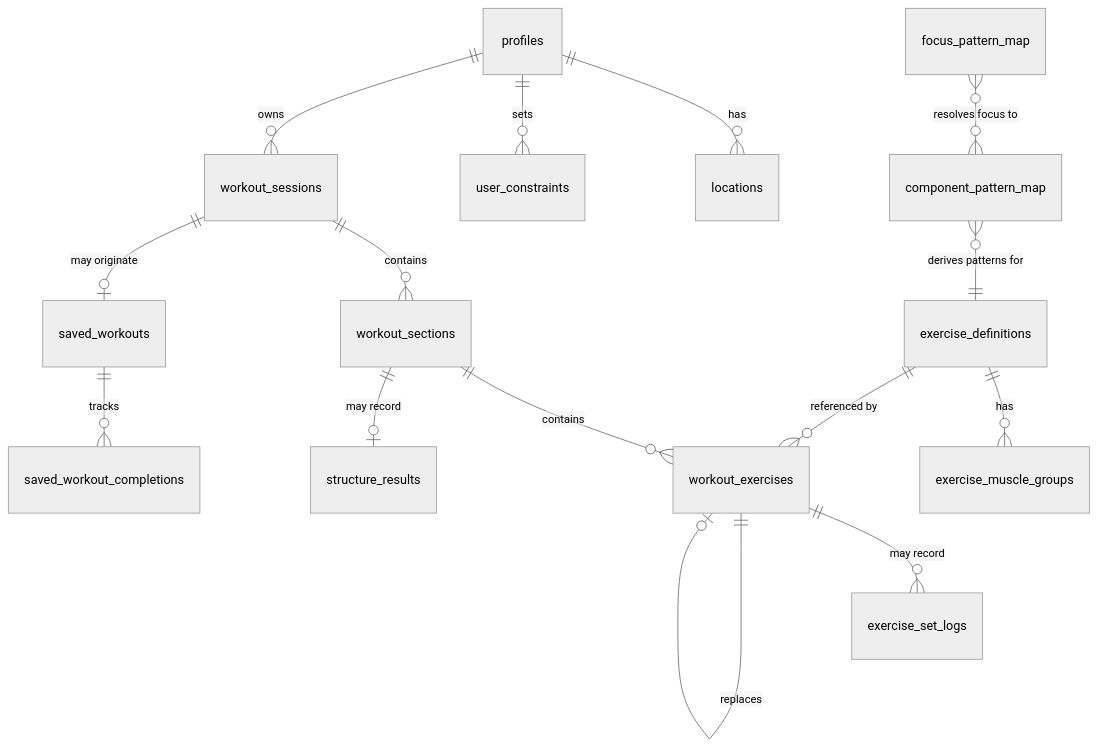
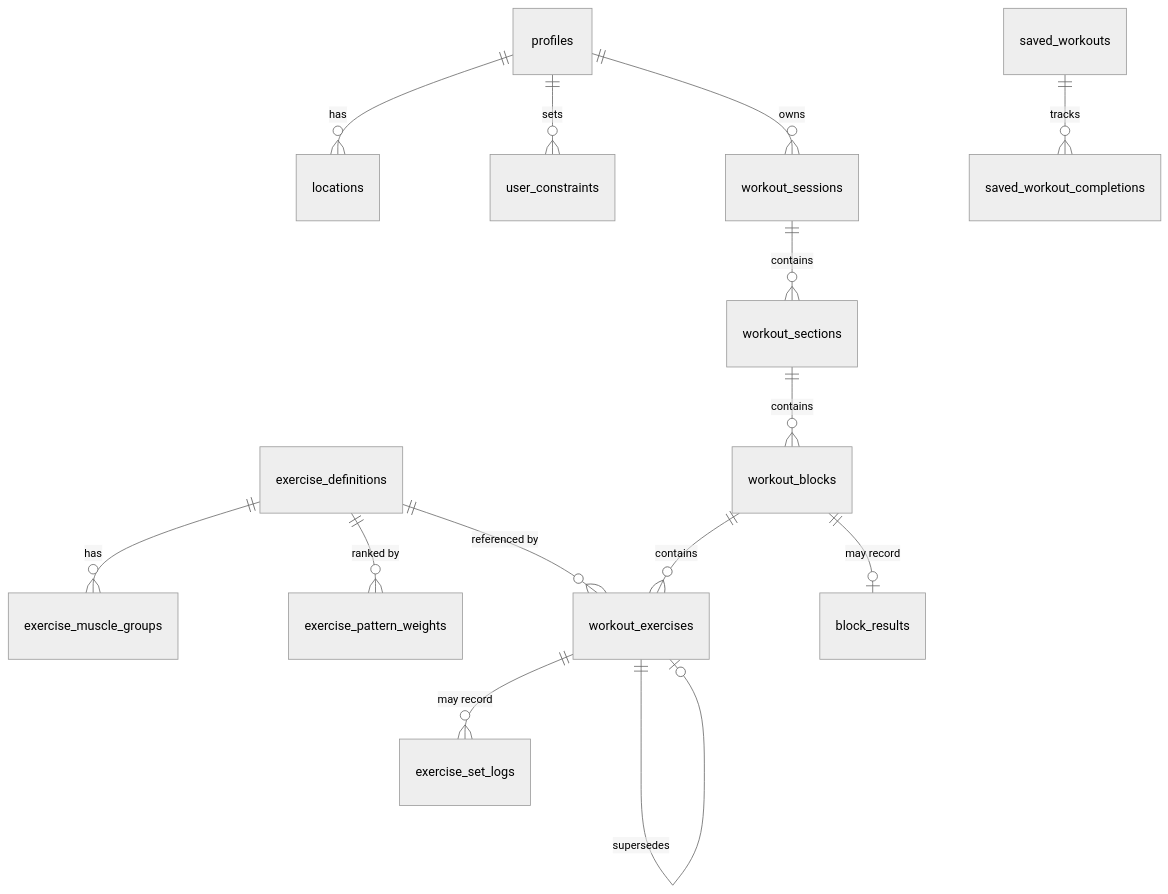
One commit to theycallme-eric/clear changed the first of 2 diagrams in specs/DATA_MODEL.md. Above: the diagram before and after it, drawn with Mermaid (neutral theme). The commit also changed other lines of this file and 2 other files, not shown here.

First line of the commit message:
Specs rev 2: first-class blocks, discriminated targets, temporal lineage

````diff
--- a/specs/DATA_MODEL.md
+++ b/specs/DATA_MODEL.md
@@ -30,20 +28,19 @@
 ```mermaid
 erDiagram
     profiles ||--o{ locations : has
     profiles ||--o{ user_constraints : sets
     profiles ||--o{ workout_sessions : owns
 
     exercise_definitions ||--o{ exercise_muscle_groups : has
+    exercise_definitions ||--o{ exercise_pattern_weights : "ranked by"
     exercise_definitions ||--o{ workout_exercises : "referenced by"
-    component_pattern_map }o--|| exercise_definitions : "derives patterns for"
-    focus_pattern_map }o--o{ component_pattern_map : "resolves focus to"
 
     workout_sessions ||--o{ workout_sections : contains
-    workout_sections ||--o{ workout_exercises : contains
-    workout_sections ||--o| structure_results : "may record"
+    workout_sections ||--o{ workout_blocks : contains
+    workout_blocks ||--o{ workout_exercises : contains
+    workout_blocks ||--o| block_results : "may record"
     workout_exercises ||--o{ exercise_set_logs : "may record"
-    workout_exercises ||--o| workout_exercises : replaces
+    workout_exercises ||--o| workout_exercises : supersedes
 
     saved_workouts ||--o{ saved_workout_completions : tracks
-    workout_sessions ||--o| saved_workouts : "may originate"
 ```
````
